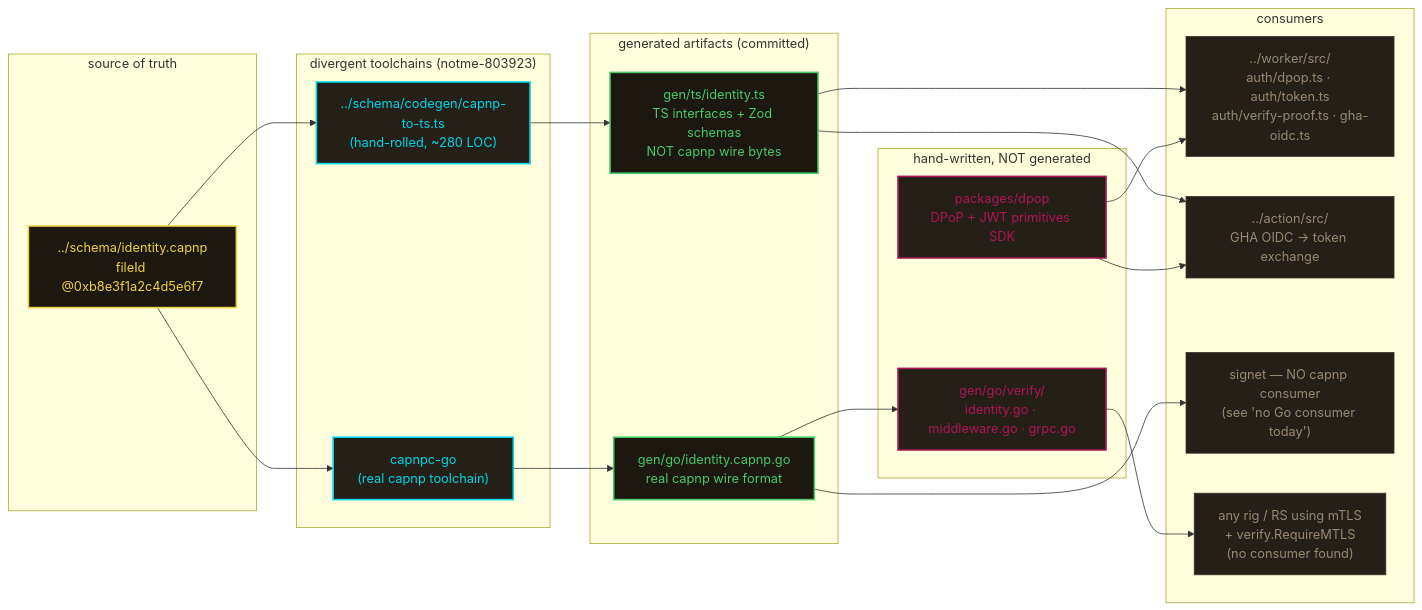
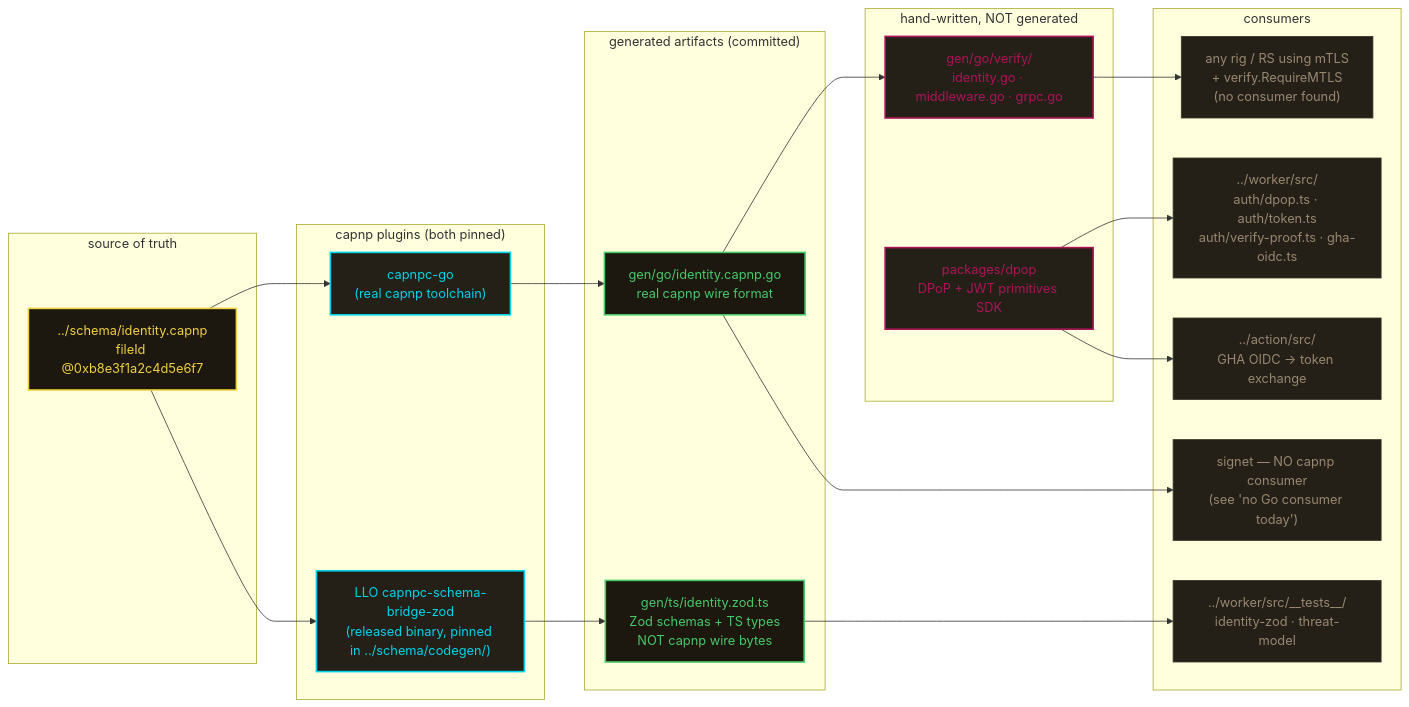
Before and after one commit to agentic-research/notme: the diagram in gen/README.md, drawn with Mermaid. The commit also changed other lines of this file and 35 other files, not shown here.

````diff
--- a/gen/README.md
+++ b/gen/README.md
@@ -25,46 +25,46 @@
 ```mermaid
 graph LR
     classDef src fill:#1c1810,stroke:#f0d040,stroke-width:2px,color:#f0d040
     classDef tool fill:#242018,stroke:#00d4e8,stroke-width:2px,color:#00d4e8
     classDef gen fill:#1c1810,stroke:#48c868,stroke-width:2px,color:#48c868
     classDef hand fill:#242018,stroke:#ad1457,stroke-width:2px,color:#ad1457
     classDef consumer fill:#242018,stroke:#3a3428,stroke-width:1px,color:#988870
 
     subgraph source ["source of truth"]
         Capnp["../schema/identity.capnp<br/>fileId @0xb8e3f1a2c4d5e6f7"]:::src
     end
 
-    subgraph toolchains ["divergent toolchains (notme-803923)"]
+    subgraph toolchains ["capnp plugins (both pinned)"]
         CapncGo["capnpc-go<br/>(real capnp toolchain)"]:::tool
-        CapncTs["../schema/codegen/capnp-to-ts.ts<br/>(hand-rolled, ~280 LOC)"]:::tool
+        CapncTs["LLO capnpc-schema-bridge-zod<br/>(released binary, pinned in ../schema/codegen/)"]:::tool
     end
 
     subgraph generated ["generated artifacts (committed)"]
         GoGen["gen/go/identity.capnp.go<br/>real capnp wire format"]:::gen
-        TsGen["gen/ts/identity.ts<br/>TS interfaces + Zod schemas<br/>NOT capnp wire bytes"]:::gen
+        TsGen["gen/ts/identity.zod.ts<br/>Zod schemas + TS types<br/>NOT capnp wire bytes"]:::gen
     end
 
     subgraph handwritten ["hand-written, NOT generated"]
         Verify["gen/go/verify/<br/>identity.go · middleware.go · grpc.go"]:::hand
         Dpop["packages/dpop<br/>DPoP + JWT primitives SDK"]:::hand
     end
 
     subgraph consumers ["consumers"]
         Worker["../worker/src/<br/>auth/dpop.ts · auth/token.ts<br/>auth/verify-proof.ts · gha-oidc.ts"]:::consumer
         Action["../action/src/<br/>GHA OIDC → token exchange"]:::consumer
+        Tests["../worker/src/__tests__/<br/>identity-zod · threat-model"]:::consumer
         Signet["signet — NO capnp consumer<br/>(see 'no Go consumer today')"]:::consumer
         Rig["any rig / RS using mTLS<br/>+ verify.RequireMTLS<br/>(no consumer found)"]:::consumer
     end
 
     Capnp --> CapncGo --> GoGen
     Capnp --> CapncTs --> TsGen
 
     GoGen --> Verify
     GoGen --> Signet
     Verify --> Rig
 
-    TsGen --> Worker
-    TsGen --> Action
+    TsGen --> Tests
     Dpop --> Worker
     Dpop --> Action
 ```
````
